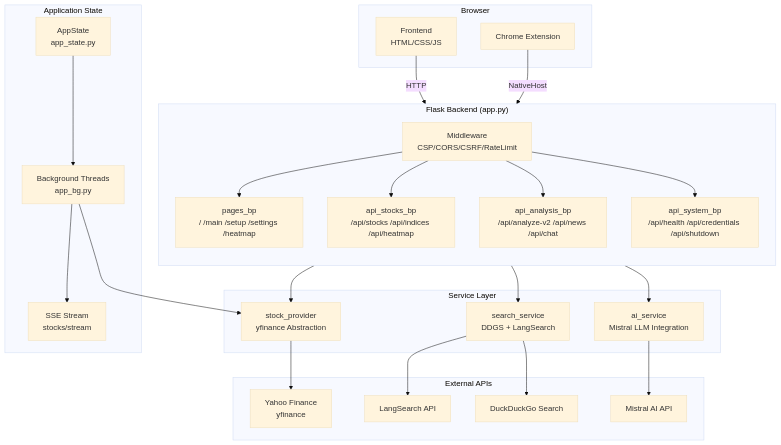
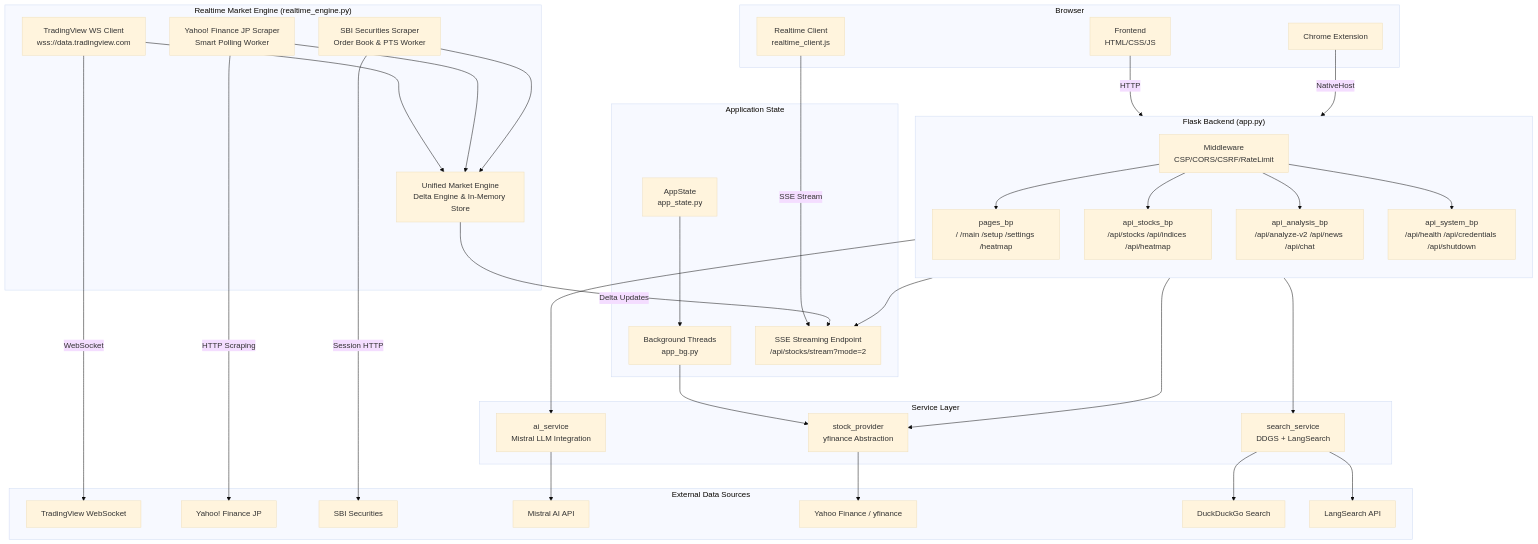
The first of 3 diagrams in docs/architecture.md (TopiTech/mistral_nex_stocks), drawn with Mermaid (base theme) before and after one commit. The commit also changed other lines of this file and 2 other files, not shown here.

Commit message:
feat: implement stock dashboard frontend with real-time SSE updates and portfolio management

````diff
--- a/docs/architecture.md
+++ b/docs/architecture.md
@@ -5,49 +5,68 @@
 ```mermaid
 graph TB
     subgraph Browser["Browser"]
         FE[Frontend<br/>HTML/CSS/JS]
+        RTC[Realtime Client<br/>realtime_client.js]
         CE[Chrome Extension]
     end
 
     subgraph Backend["Flask Backend (app.py)"]
         direction TB
         MW[Middleware<br/>CSP/CORS/CSRF/RateLimit]
         BP1[pages_bp<br/>/ /main /setup /settings /heatmap]
         BP2[api_stocks_bp<br/>/api/stocks /api/indices /api/heatmap]
         BP3[api_analysis_bp<br/>/api/analyze-v2 /api/news /api/chat]
         BP4[api_system_bp<br/>/api/health /api/credentials /api/shutdown]
     end
 
+    subgraph RealtimeEngine["Realtime Market Engine (realtime_engine.py)"]
+        TVWS[TradingView WS Client<br/>wss://data.tradingview.com]
+        YJPS[Yahoo! Finance JP Scraper<br/>Smart Polling Worker]
+        SBIS[SBI Securities Scraper<br/>Order Book & PTS Worker]
+        UME[Unified Market Engine<br/>Delta Engine & In-Memory Store]
+    end
+
     subgraph Services["Service Layer"]
         AIS[ai_service<br/>Mistral LLM Integration]
         SSS[search_service<br/>DDGS + LangSearch]
         SP[stock_provider<br/>yfinance Abstraction]
     end
 
     subgraph State["Application State"]
         AS[AppState<br/>app_state.py]
         BG[Background Threads<br/>app_bg.py]
-        SSE[SSE Stream<br/>stocks/stream]
+        SSE[SSE Streaming Endpoint<br/>/api/stocks/stream?mode=2]
     end
 
-    subgraph External["External APIs"]
+    subgraph External["External Data Sources"]
+        TV[TradingView WebSocket]
+        YJP[Yahoo! Finance JP]
+        SBI[SBI Securities]
         MISTRAL[Mistral AI API]
-        YF[Yahoo Finance<br/>yfinance]
+        YF[Yahoo Finance / yfinance]
         DDGS[DuckDuckGo Search]
         LS[LangSearch API]
     end
 
     FE -->|HTTP| MW
+    RTC -->|SSE Stream| SSE
     CE -->|NativeHost| MW
     MW --> BP1 & BP2 & BP3 & BP4
     BP3 --> AIS
     BP3 --> SSS
     BP2 --> SP
+    BP2 --> SSE
     AIS --> MISTRAL
     SP --> YF
     SSS --> DDGS
     SSS --> LS
+
+    TVWS -->|WebSocket| TV
+    YJPS -->|HTTP Scraping| YJP
+    SBIS -->|Session HTTP| SBI
+
+    TVWS & YJPS & SBIS --> UME
+    UME -->|Delta Updates| SSE
     BG --> SP
-    BG --> SSE
     AS --> BG
 ```
````
